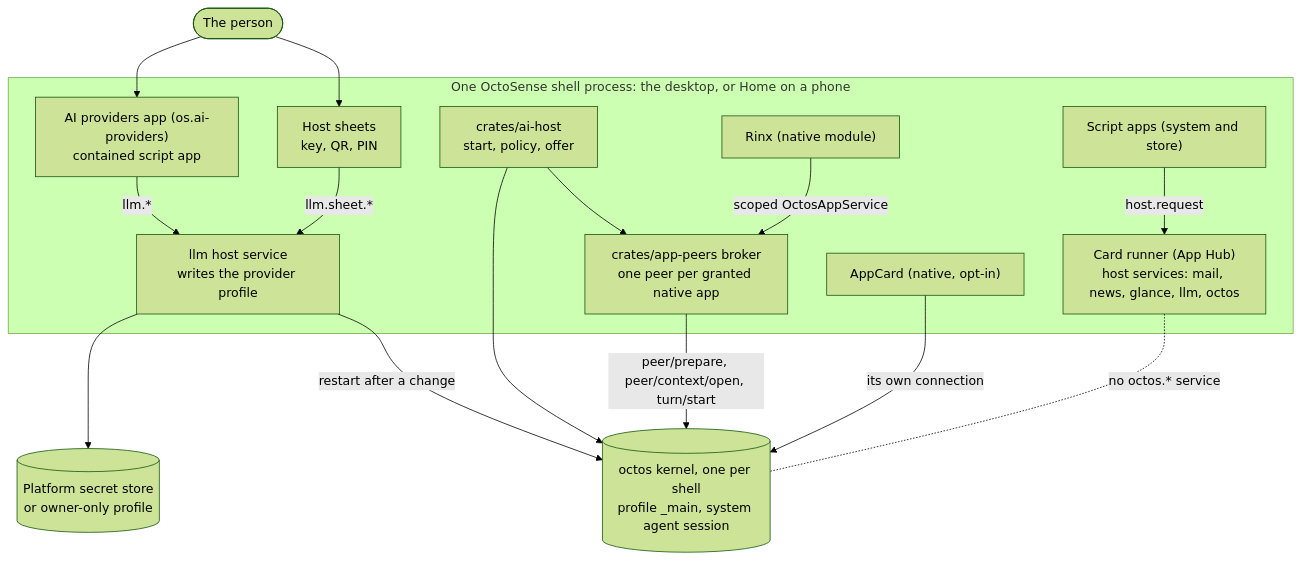
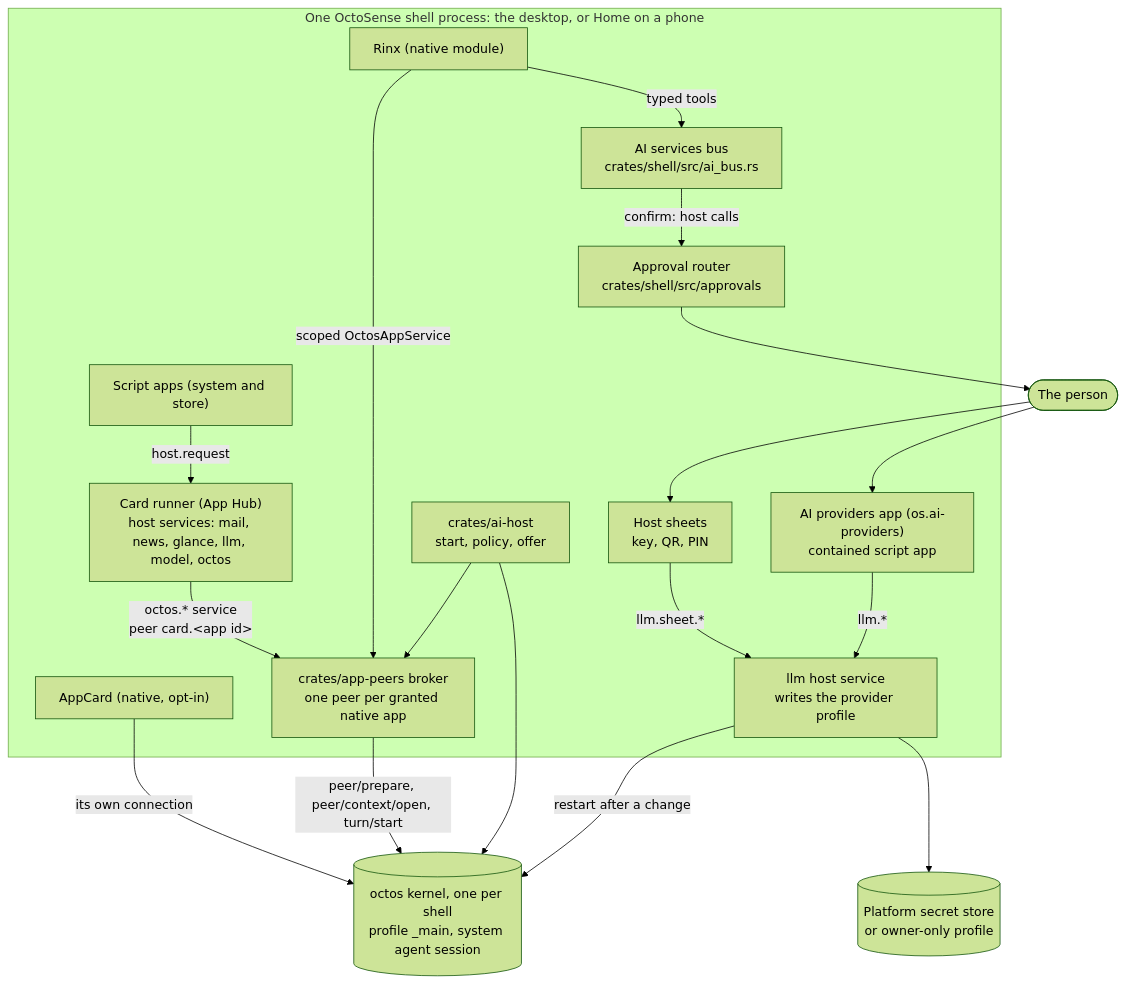
Before and after one commit to OctoSense-org/OctoSense: the diagram in docs/ai-services.md, drawn with Mermaid (forest theme). The commit also changed other lines of this file and 13 other files, not shown here.

First line of the commit message:
approvals: a contacts source behind consent; refresh ai-services docs [skip ci]

````diff
--- a/docs/ai-services.md
+++ b/docs/ai-services.md
@@ -38,30 +42,35 @@
 ```mermaid
 flowchart TB
   person(["The person"])
   subgraph shell["One OctoSense shell process: the desktop, or Home on a phone"]
     providers["AI providers app (os.ai-providers)<br/>contained script app"]
     sheet["Host sheets<br/>key, QR, PIN"]
     llm["llm host service<br/>writes the provider profile"]
     aihost["crates/ai-host<br/>start, policy, offer"]
     broker["crates/app-peers broker<br/>one peer per granted native app"]
-    runner["Card runner (App Hub)<br/>host services: mail, news, glance, llm, octos"]
+    runner["Card runner (App Hub)<br/>host services: mail, news, glance, llm, model, octos"]
+    router["Approval router<br/>crates/shell/src/approvals"]
+    bus["AI services bus<br/>crates/shell/src/ai_bus.rs"]
     rinx["Rinx (native module)"]
     appcard["AppCard (native, opt-in)"]
     scripts["Script apps (system and store)"]
   end
   vault[("Platform secret store<br/>or owner-only profile")]
   kernel[("octos kernel, one per shell<br/>profile _main, system agent session")]
   person --> providers
   person --> sheet
   providers -- "llm.*" --> llm
   sheet -- "llm.sheet.*" --> llm
   llm --> vault
   llm -- "restart after a change" --> kernel
   aihost --> kernel
   aihost --> broker
   broker -- "peer/prepare, peer/context/open, turn/start" --> kernel
   rinx -- "scoped OctosAppService" --> broker
   appcard -- "its own connection" --> kernel
   scripts -- "host.request" --> runner
-  runner -. "no octos.* service" .- kernel
+  runner -- "octos.* service<br/>peer card.&lt;app id&gt;" --> broker
+  rinx -- "typed tools" --> bus
+  bus -- "confirm: host calls" --> router
+  router --> person
 ```
````
